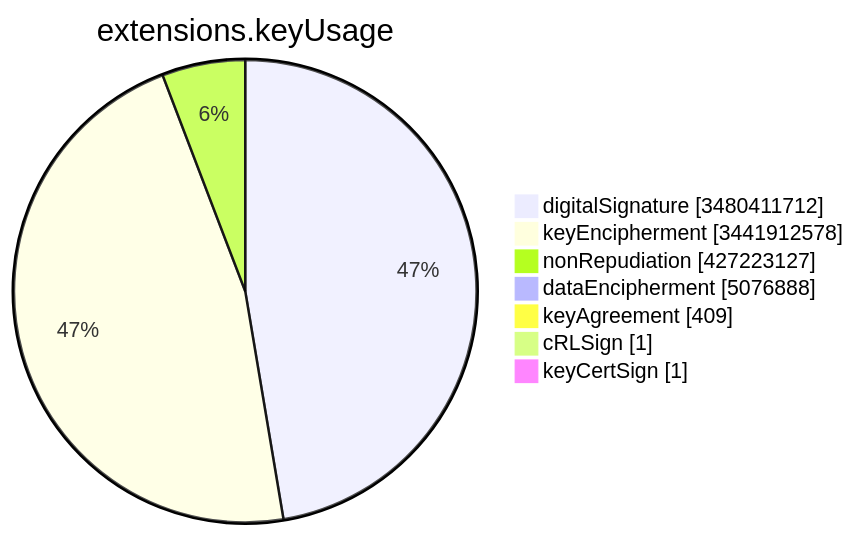
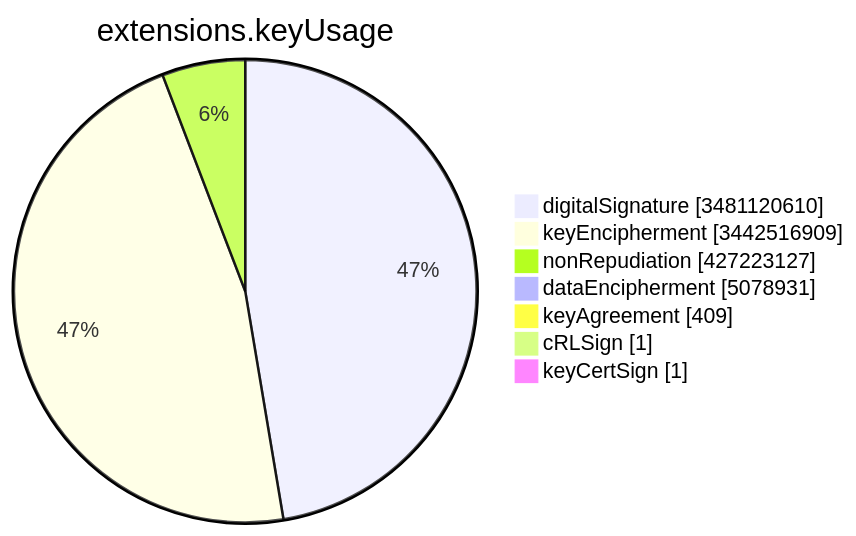
One commit to christiankrug/ctmonitor_visualization changed the sixth of 15 diagrams in TOTAL/README.md. Above: the diagram before and after it, drawn with Mermaid. The commit also changed other lines of this file, not shown here.

````diff
--- a/TOTAL/README.md
+++ b/TOTAL/README.md
@@ -3082,11 +3082,11 @@
 ```mermaid
 pie showData
 title extensions.keyUsage
-"digitalSignature" :3480411712
-"keyEncipherment" :3441912578
+"digitalSignature" :3481120610
+"keyEncipherment" :3442516909
 "nonRepudiation" :427223127
-"dataEncipherment" :5076888
+"dataEncipherment" :5078931
 "keyAgreement" :409
 "cRLSign" :1
 "keyCertSign" :1
 ```
````
